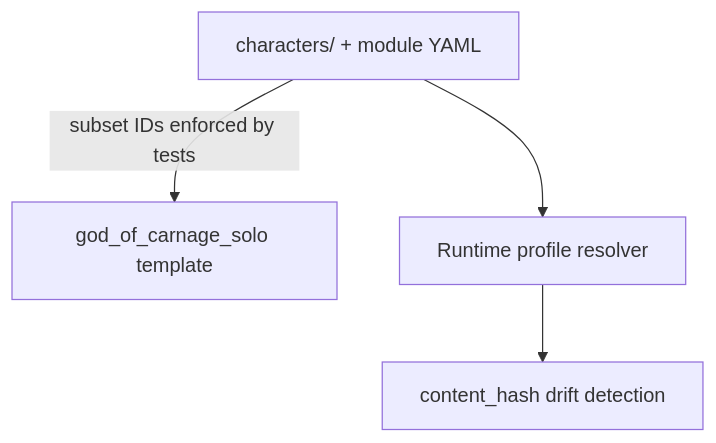
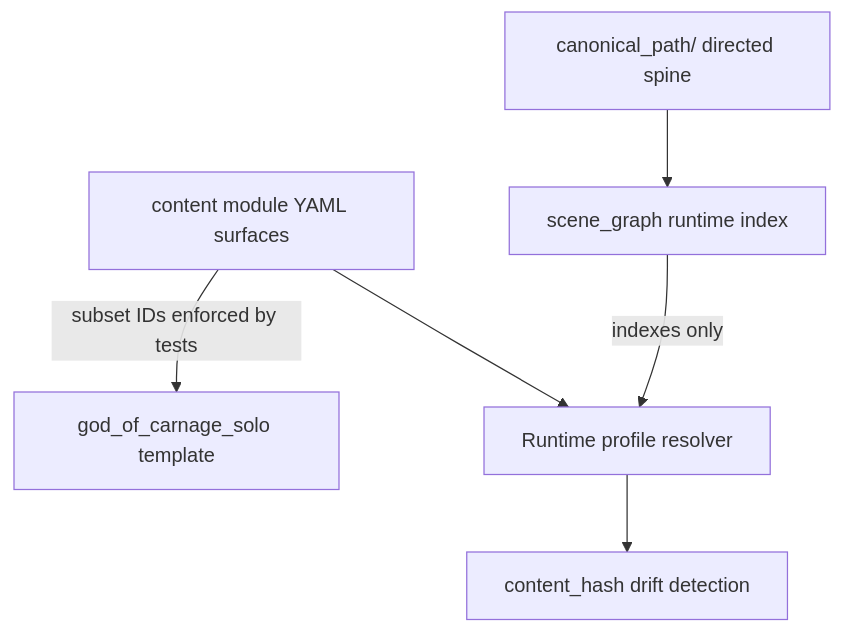
One commit to Held0fTheWelt/BLACKVEIN changed the diagram in docs/ADR/MVP_Live_Runtime_Completion/adr-mvp1-005-canonical-content-authority.md. Above: the diagram before and after it, drawn with Mermaid. The commit also changed other lines of this file and 50 other files, not shown here.

````diff
--- a/docs/ADR/MVP_Live_Runtime_Completion/adr-mvp1-005-canonical-content-authority.md
+++ b/docs/ADR/MVP_Live_Runtime_Completion/adr-mvp1-005-canonical-content-authority.md
@@ -43,8 +49,12 @@
 ```mermaid
 flowchart TB
-  Y[characters/ + module YAML]
+  Y[content module YAML surfaces]
+  CP[canonical_path/ directed spine]
+  SG[scene_graph runtime index]
   TPL[god_of_carnage_solo template]
   Y -->|subset IDs enforced by tests| TPL
+  CP --> SG
+  SG -->|indexes only| PROF
   Y --> PROF[Runtime profile resolver]
   PROF --> HASH[content_hash drift detection]
 ```
````
